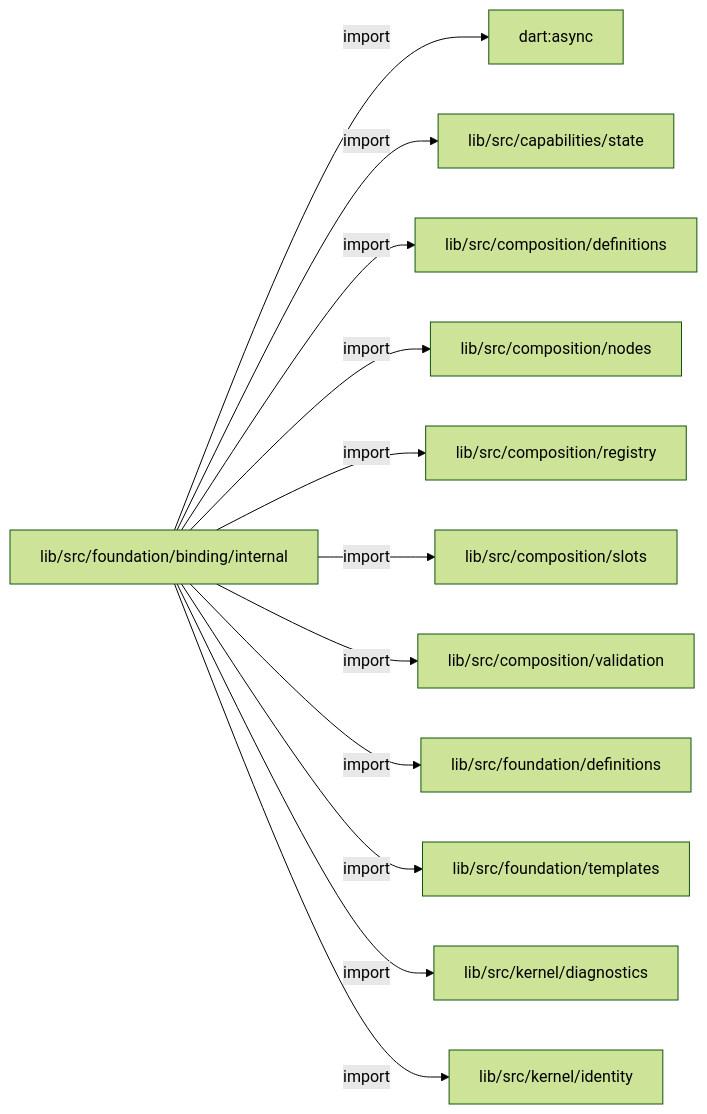
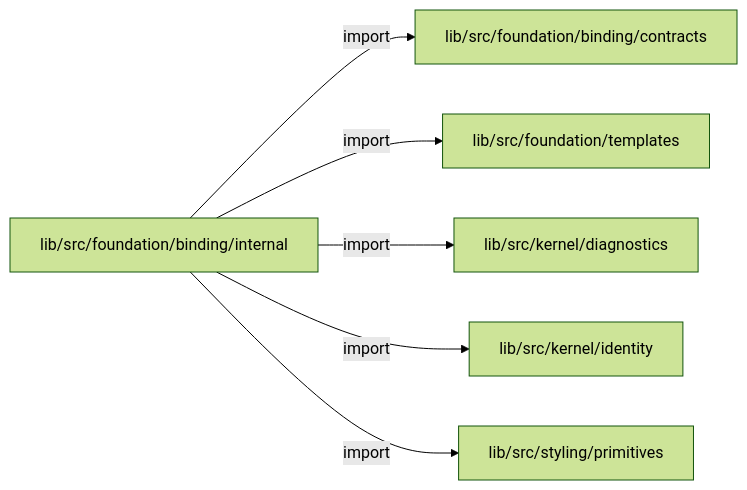
The first of 2 diagrams in docs/architecture/src/foundation/binding/internal/README.md (MiuDog/Kallopis), drawn with Mermaid (forest theme) before and after one commit. The commit also changed other lines of this file and 9688 other files, not shown here.

Commit message:
Prepare isolated Flow F2 peer baseline

````diff
--- a/docs/architecture/src/foundation/binding/internal/README.md
+++ b/docs/architecture/src/foundation/binding/internal/README.md
@@ -13,26 +13,14 @@
 ```mermaid
 flowchart LR
 	n0["lib/src/foundation/binding/internal"]
-	n1["dart:async"]
-	n2["lib/src/capabilities/state"]
-	n3["lib/src/composition/definitions"]
-	n4["lib/src/composition/nodes"]
-	n5["lib/src/composition/registry"]
-	n6["lib/src/composition/slots"]
-	n7["lib/src/composition/validation"]
-	n8["lib/src/foundation/definitions"]
-	n9["lib/src/foundation/templates"]
-	n10["lib/src/kernel/diagnostics"]
-	n11["lib/src/kernel/identity"]
+	n1["lib/src/foundation/binding/contracts"]
+	n2["lib/src/foundation/templates"]
+	n3["lib/src/kernel/diagnostics"]
+	n4["lib/src/kernel/identity"]
+	n5["lib/src/styling/primitives"]
 	n0 -->|"import"| n1
 	n0 -->|"import"| n2
 	n0 -->|"import"| n3
 	n0 -->|"import"| n4
 	n0 -->|"import"| n5
-	n0 -->|"import"| n6
-	n0 -->|"import"| n7
-	n0 -->|"import"| n8
-	n0 -->|"import"| n9
-	n0 -->|"import"| n10
-	n0 -->|"import"| n11
 ```
````
